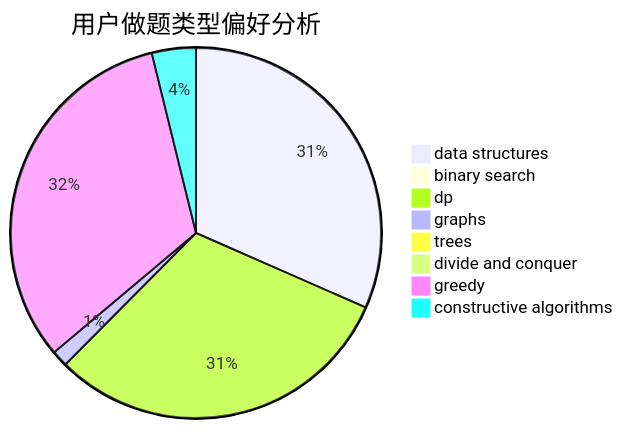
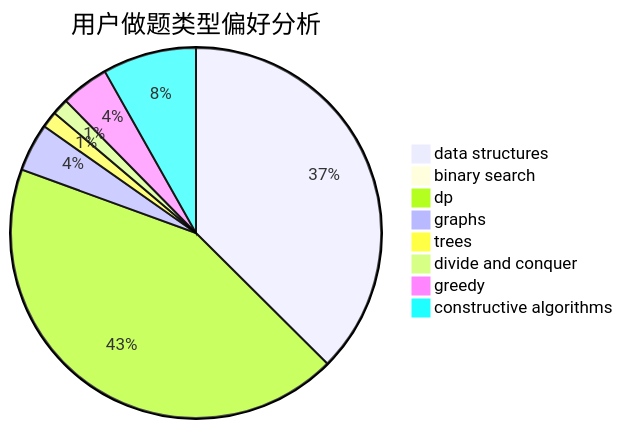
Before and after one commit to sherpahu/cfrs.github.io: the second of 3 diagrams in docs/user/u319.md, drawn with Mermaid. The commit also changed other lines of this file and 2770 other files, not shown here.

````diff
--- a/docs/user/u319.md
+++ b/docs/user/u319.md
@@ -23,11 +23,11 @@
 ```mermaid
 pie title 用户做题类型偏好分析
-    "data structures" :  222
-    "binary search" :  0
-    "dp" :  217
-    "graphs" :  10
-    "trees" :  2
-    "divide and conquer" :  0
-    "greedy" :  227
-    "constructive algorithms" :  27
+    "data structures" :  339
+    "binary search" :  2
+    "dp" :  390
+    "graphs" :  38
+    "trees" :  13
+    "divide and conquer" :  13
+    "greedy" :  38
+    "constructive algorithms" :  74
 ```
````
